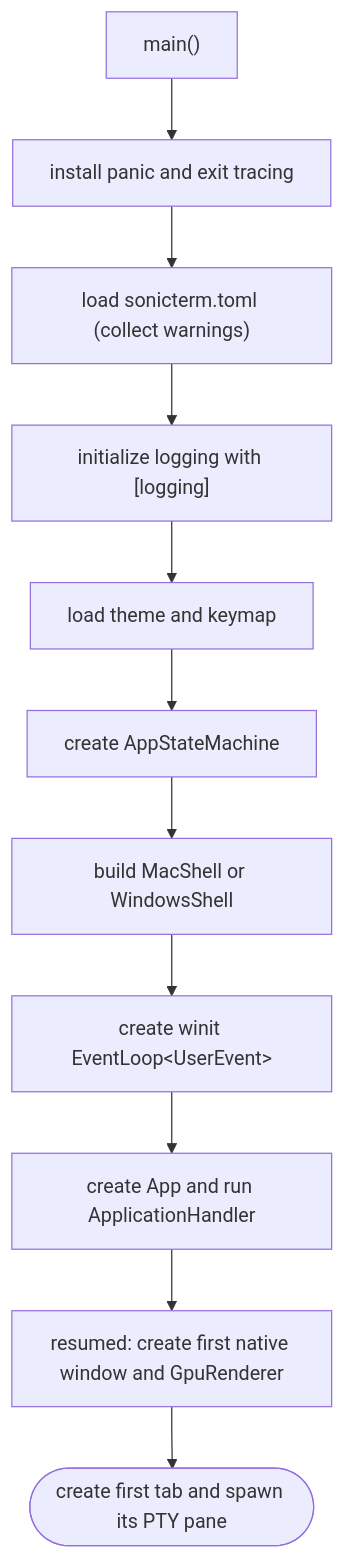
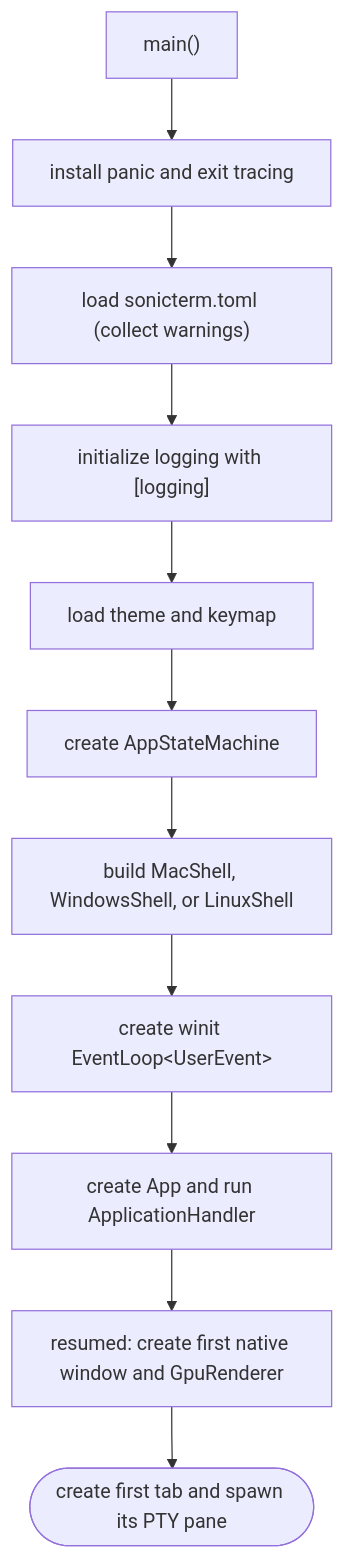
One commit to D0n9X1n/SonicTerm changed the first of 8 diagrams in wiki/Runtime-Lifecycle.md. Above: the diagram before and after it, drawn with Mermaid. The commit also changed other lines of this file and 70 other files, not shown here.

````diff
--- a/wiki/Runtime-Lifecycle.md
+++ b/wiki/Runtime-Lifecycle.md
@@ -11,25 +11,25 @@
 ```mermaid
 flowchart TD
     main["main()"]
     trace["install panic and exit tracing"]
     cfg["load sonicterm.toml (collect warnings)"]
     log["initialize logging with [logging]"]
     theme["load theme and keymap"]
     asm["create AppStateMachine"]
-    shell["build MacShell or WindowsShell"]
+    shell["build MacShell, WindowsShell, or LinuxShell"]
     loop["create winit EventLoop&lt;UserEvent&gt;"]
     app["create App and run ApplicationHandler"]
     resumed["resumed: create first native window and GpuRenderer"]
     pane(["create first tab and spawn its PTY pane"])
 
     main --> trace
     trace --> cfg
     cfg --> log
     log --> theme
     theme --> asm
     asm --> shell
     shell --> loop
     loop --> app
     app --> resumed
     resumed --> pane
 ```
````
